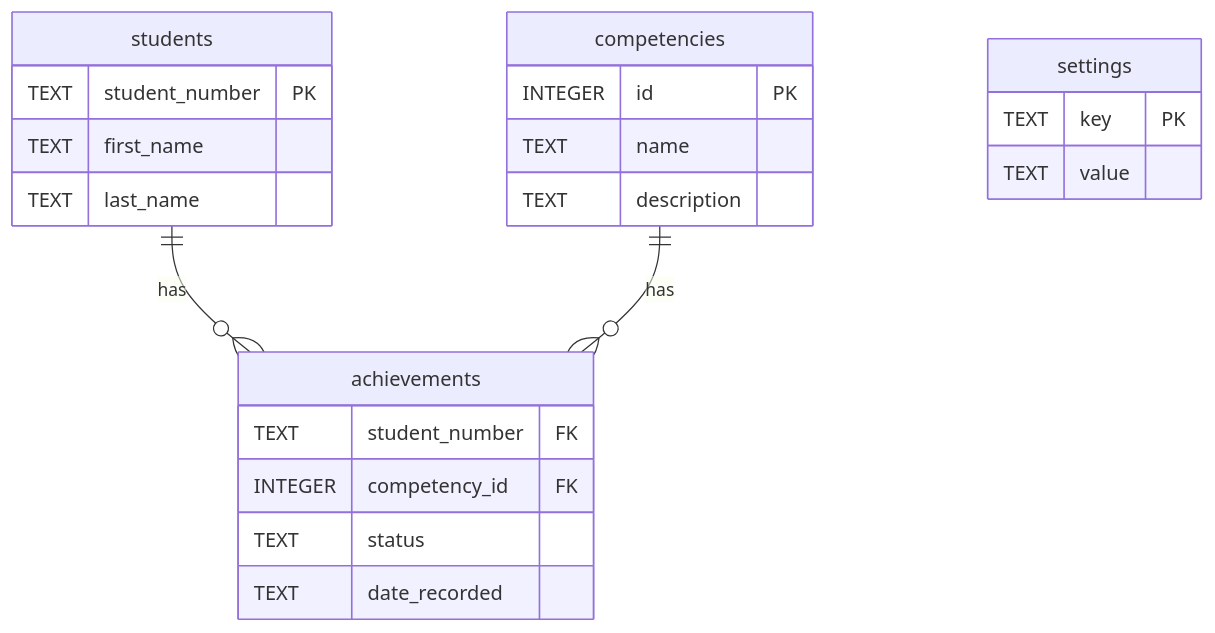
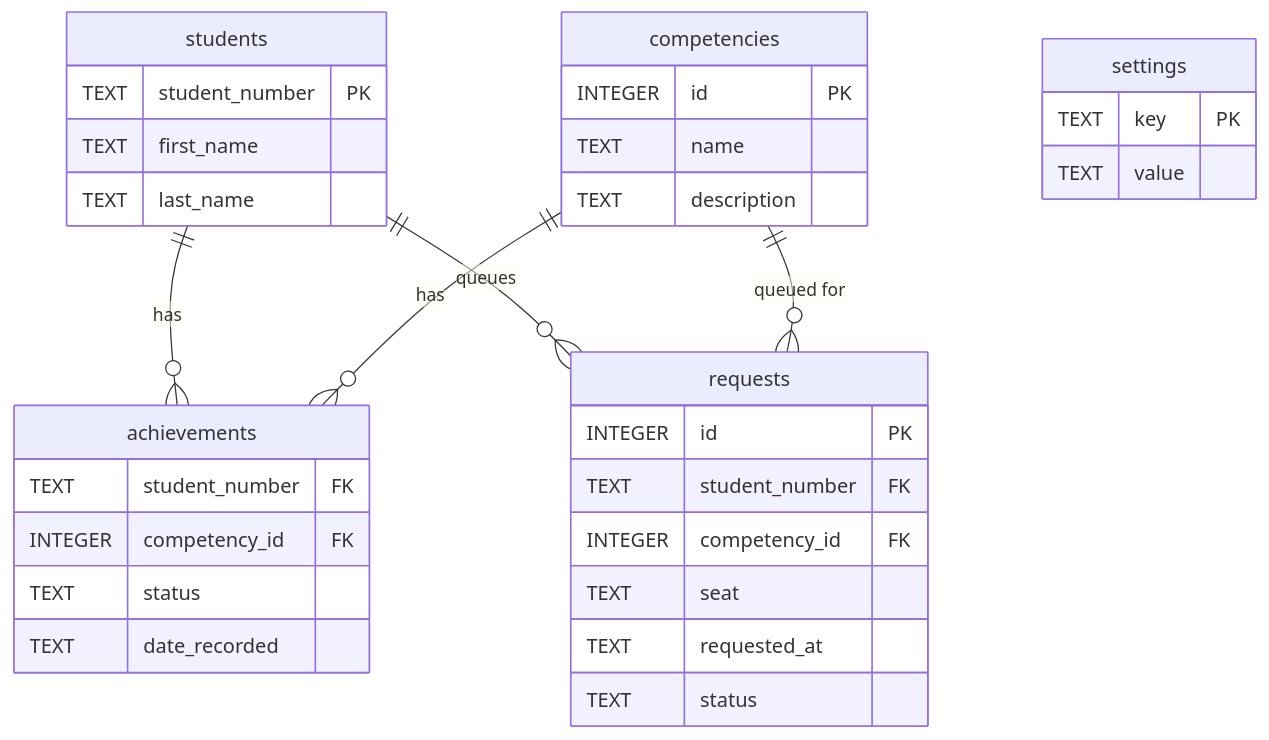
One commit to Zag-Research/competencies-app changed the third of 3 diagrams in README.md. Above: the diagram before and after it, drawn with Mermaid. The commit also changed other lines of this file and 1 other file, not shown here.

Commit message:
Docs: onboarding setup, dev logins, architecture; pin deps in requirements.txt

````diff
--- a/README.md
+++ b/README.md
@@ -92,25 +137,35 @@
 ```mermaid
 erDiagram
     students ||--o{ achievements : "has"
     competencies ||--o{ achievements : "has"
+    students ||--o{ requests : "queues"
+    competencies ||--o{ requests : "queued for"
     students {
         TEXT student_number PK
         TEXT first_name
         TEXT last_name
     }
     competencies {
         INTEGER id PK
         TEXT name
         TEXT description
     }
     achievements {
         TEXT student_number FK
         INTEGER competency_id FK
         TEXT status
         TEXT date_recorded
     }
+    requests {
+        INTEGER id PK
+        TEXT student_number FK
+        INTEGER competency_id FK
+        TEXT seat
+        TEXT requested_at
+        TEXT status
+    }
     settings {
         TEXT key PK
         TEXT value
     }
 ```
````
